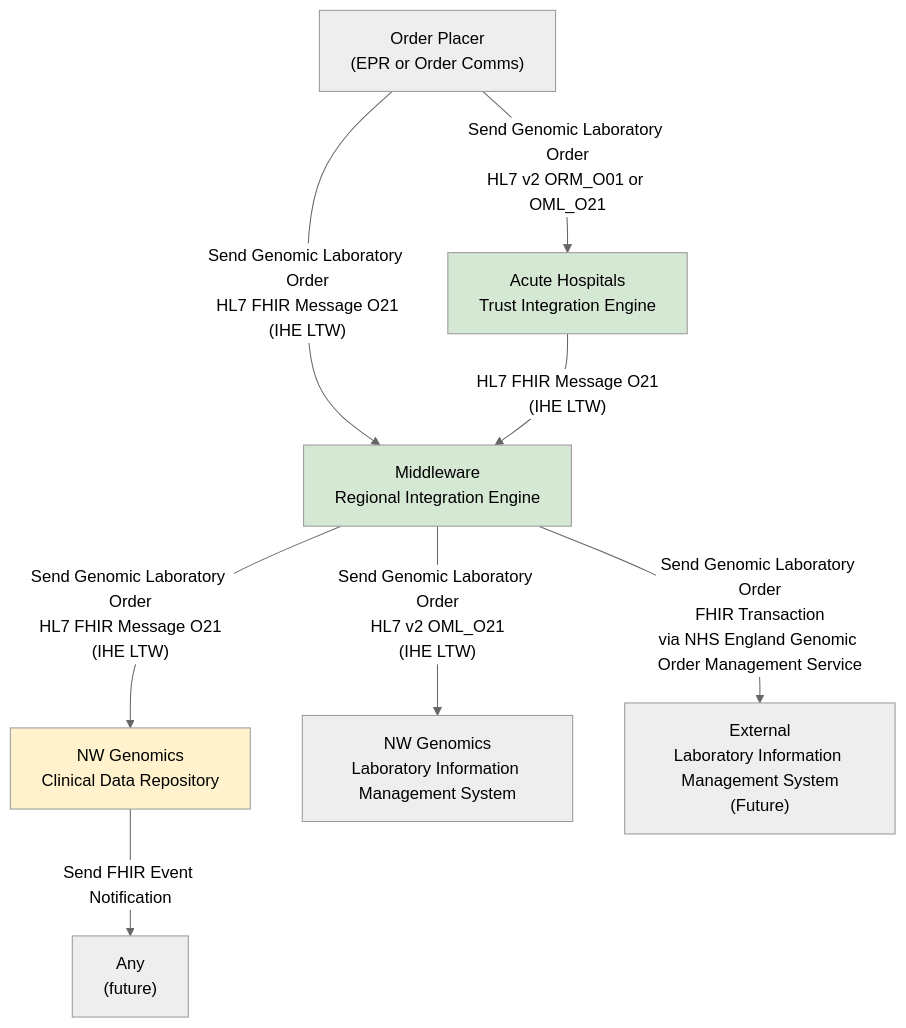
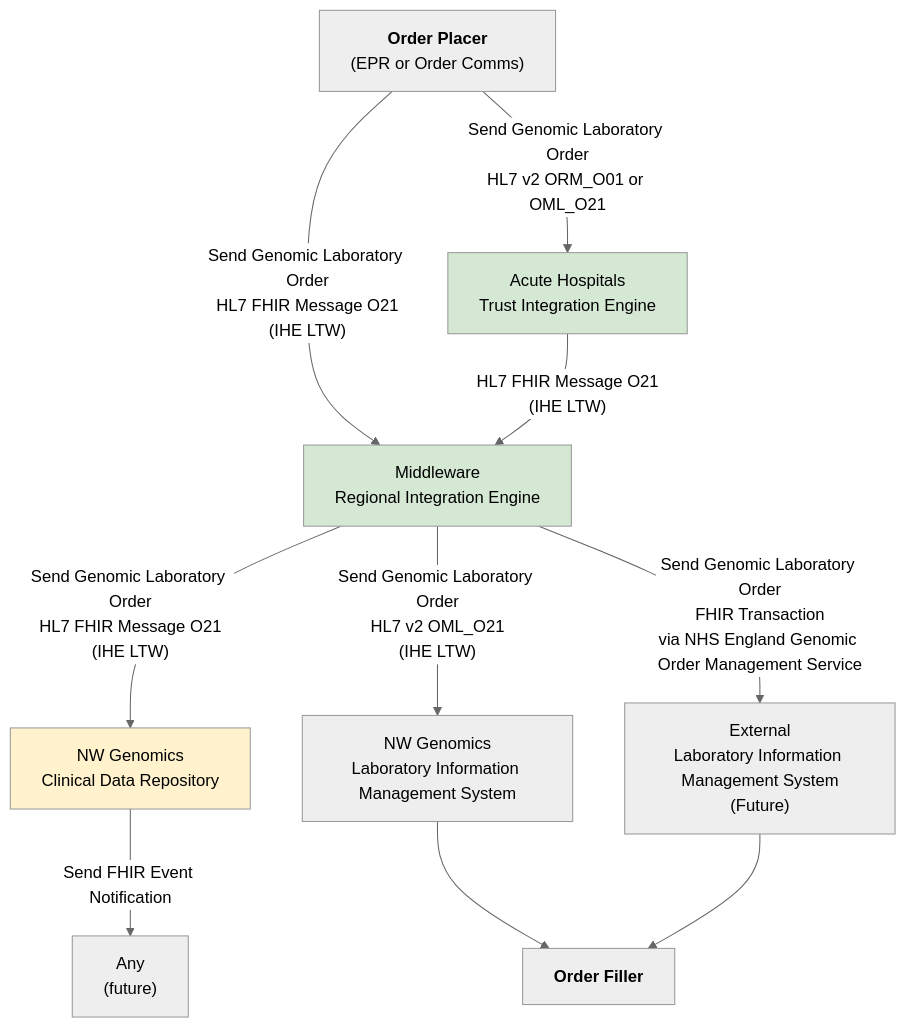
The first of 2 diagrams in input/pagecontent/LTW.md (uk-gov-mirror/nw-gmsa.nw-gmsa.github.com), drawn with Mermaid (neutral theme) before and after one commit. The commit also changed other lines of this file, not shown here.

Commit message:
tags and keywords

````diff
--- a/input/pagecontent/LTW.md
+++ b/input/pagecontent/LTW.md
@@ -63,16 +63,18 @@
 ```mermaid
 graph TD;
-    Receive["Order Placer<br/>(EPR or Order Comms)"] --> |Send Genomic Laboratory Order<br/>HL7 v2 ORM_O01 or OML_O21| OR[Acute Hospitals<br/>Trust Integration Engine]
+    Receive["<b>Order Placer</b><br/>(EPR or Order Comms)"] --> |Send Genomic Laboratory Order<br/>HL7 v2 ORM_O01 or OML_O21| OR[Acute Hospitals<br/>Trust Integration Engine]
     Receive --> |"Send Genomic Laboratory Order<br/>HL7 FHIR Message O21<br/>(IHE LTW)"| RIE
     OR --> |"HL7 FHIR Message O21<br/>(IHE LTW)"| RIE[Middleware<br/>Regional Integration Engine] 
     RIE --> |"Send Genomic Laboratory Order<br/>HL7 FHIR Message O21<br/>(IHE LTW)"| CDR[NW Genomics<br/>Clinical Data Repository]
     CDR --> |Send FHIR Event Notification| Any["Any <br/>(future)"]
     RIE --> |"Send Genomic Laboratory Order<br/>HL7 v2 OML_O21<br/>(IHE LTW)"| EHRTIE[NW Genomics<br/>Laboratory Information Management System] 
     RIE --> |"Send Genomic Laboratory Order<br/>FHIR Transaction<br/>via NHS England Genomic Order Management Service"| GOMS["External<br/>Laboratory Information Management System<br/>(Future)"] 
-    
+    EHRTIE --> OrderFiller[<b>Order Filler</b>]
+    GOMS --> OrderFiller
+
     classDef green fill:#D5E8D4;
     classDef yellow fill:#FFF2CC;
     class RIE green;
     class OR green;
     class CDR yellow;
 ```
````
